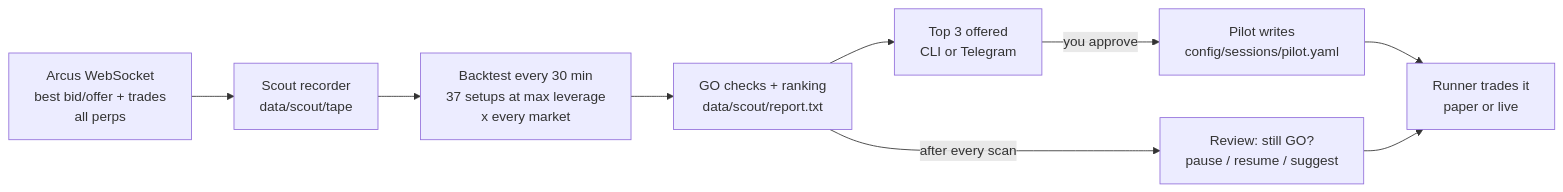
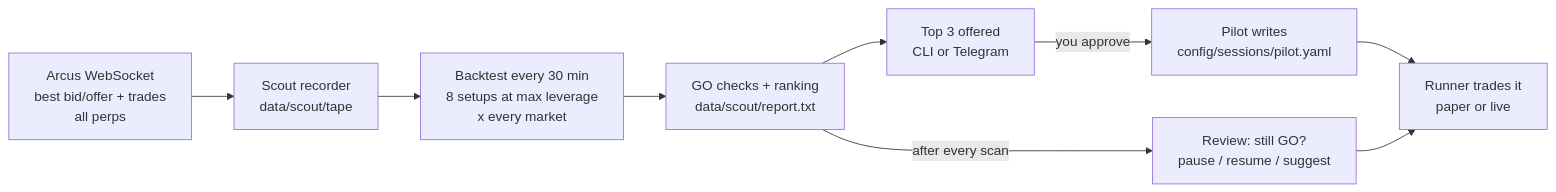
One commit to dhruvamity/treading-bot changed the diagram in README.md. Above: the diagram before and after it, drawn with Mermaid. The commit also changed other lines of this file and 30 other files, not shown here.

````diff
--- a/README.md
+++ b/README.md
@@ -72,11 +72,11 @@
 ```mermaid
 flowchart LR
     A[Arcus WebSocket<br/>best bid/offer + trades<br/>all perps] --> B[Scout recorder<br/>data/scout/tape]
-    B --> C[Backtest every 30 min<br/>37 setups at max leverage<br/>x every market]
+    B --> C[Backtest every 30 min<br/>8 setups at max leverage<br/>x every market]
     C --> D[GO checks + ranking<br/>data/scout/report.txt]
     D --> E[Top 3 offered<br/>CLI or Telegram]
     E -->|you approve| F[Pilot writes<br/>config/sessions/pilot.yaml]
     F --> G[Runner trades it<br/>paper or live]
     D -->|after every scan| H[Review: still GO?<br/>pause / resume / suggest]
     H --> G
 ```
````
